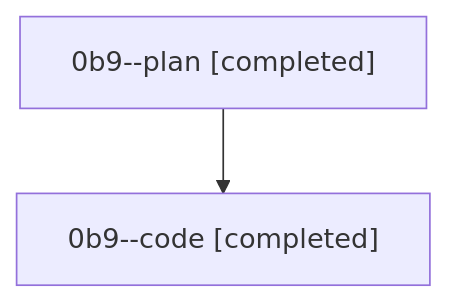
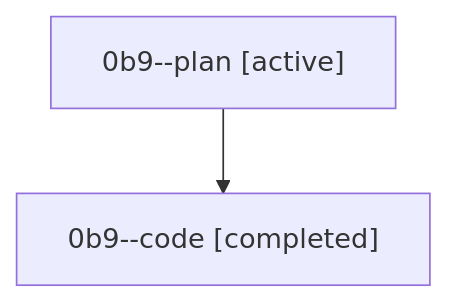
Before and after one commit to sase-org/sase--agents: the diagram in families/bbugyi200.athena.0b9.md, drawn with Mermaid. The commit also changed other lines of this file and 35830 other files, not shown here.

````diff
--- a/families/bbugyi200.athena.0b9.md
+++ b/families/bbugyi200.athena.0b9.md
@@ -9,6 +9,6 @@
 ```mermaid
 flowchart TD
-  n0["0b9--plan [completed]"]
+  n0["0b9--plan [active]"]
   n1["0b9--code [completed]"]
   n0 --> n1
 ```
````
